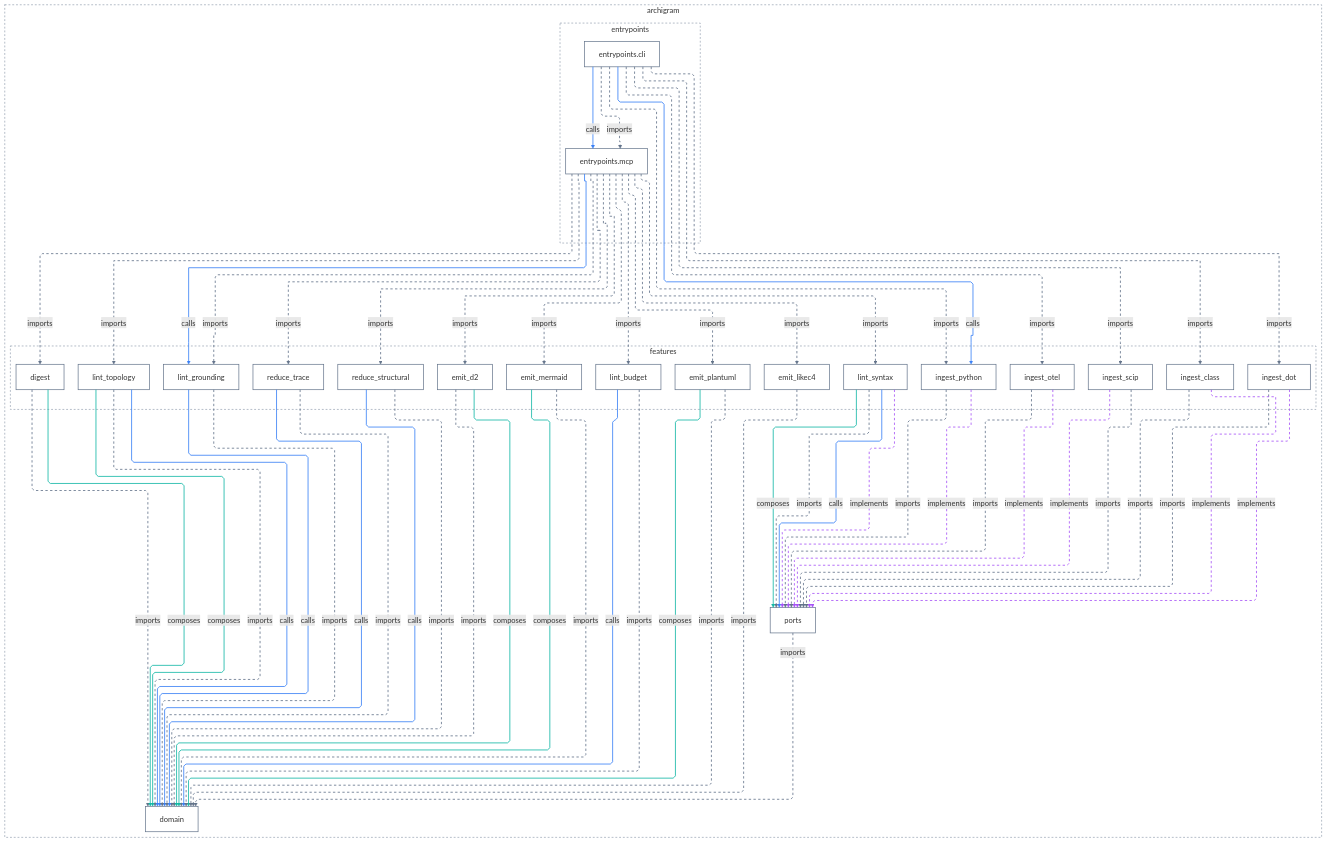
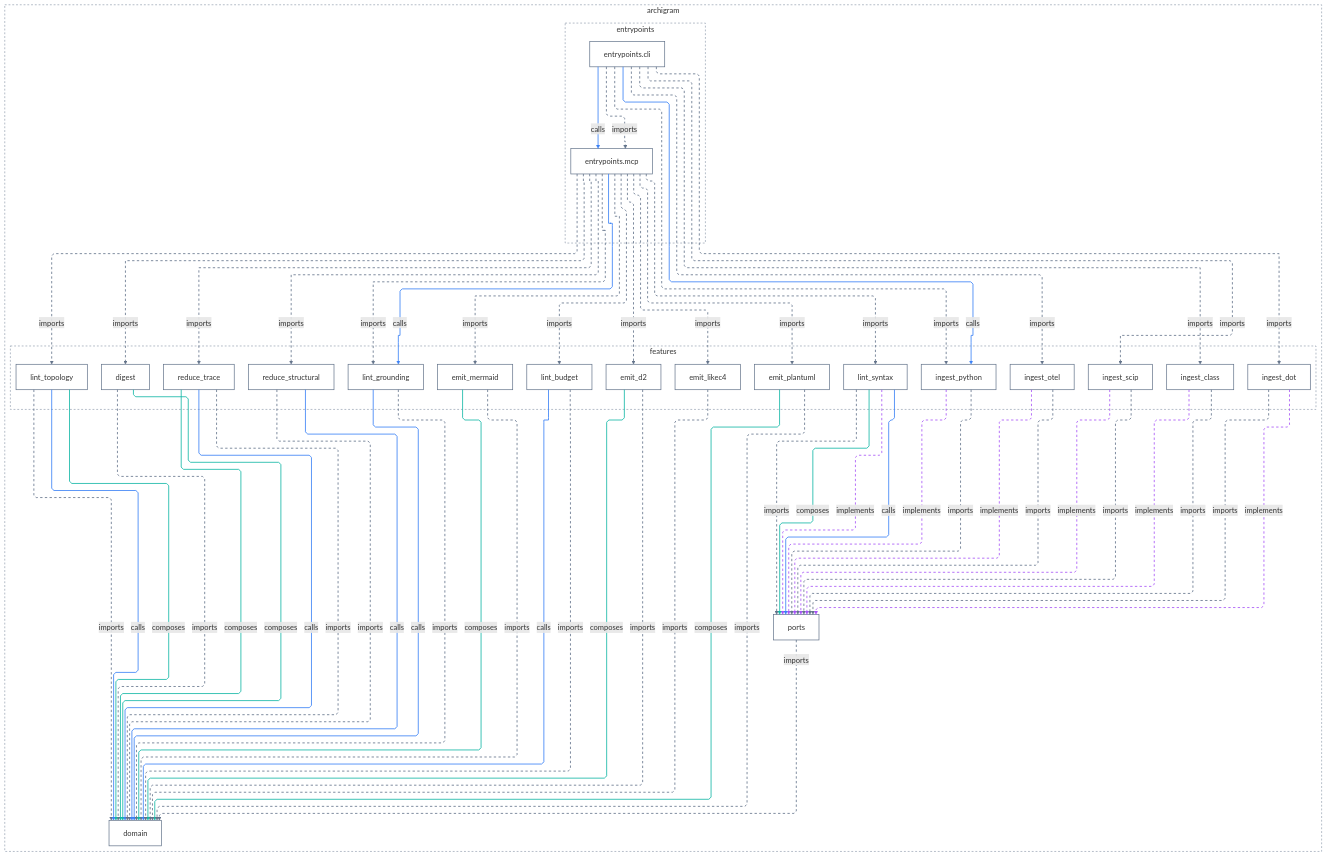
The diagram in docs/architecture/diagrams/l1_feature_slices_mermaid.mmd (klcd/archigram), drawn with Mermaid before and after one commit. The commit also changed 28 other files, not shown here.

```diff
--- a/docs/architecture/diagrams/l1_feature_slices_mermaid.mmd
+++ b/docs/architecture/diagrams/l1_feature_slices_mermaid.mmd
@@ -1,100 +1,101 @@
 ---
 config:
   layout: elk
   elk:
     mergeEdges: false
     nodePlacementStrategy: BRANDES_KOEPF
   flowchart:
     defaultRenderer: elk
     curve: linear
 ---
 flowchart TD
   classDef default fill:transparent,stroke:#64748b,stroke-width:1.5px
   subgraph n0["archigram"]
     subgraph n1["entrypoints"]
       n9["entrypoints.cli"]
       n10["entrypoints.mcp"]
     end
     subgraph n2["features"]
       n3["digest"]
       n5["emit_d2"]
       n6["emit_likec4"]
       n7["emit_mermaid"]
       n8["emit_plantuml"]
       n11["ingest_class"]
       n12["ingest_dot"]
       n13["ingest_otel"]
       n14["ingest_python"]
       n15["ingest_scip"]
       n16["lint_budget"]
       n17["lint_grounding"]
       n18["lint_syntax"]
       n19["lint_topology"]
       n21["reduce_structural"]
       n22["reduce_trace"]
     end
     n4["domain"]
     n20["ports"]
   end
   style n0 fill:transparent,stroke:#64748b,stroke-width:1px,stroke-dasharray:4 4
   style n1 fill:transparent,stroke:#64748b,stroke-width:1px,stroke-dasharray:4 4
   style n2 fill:transparent,stroke:#64748b,stroke-width:1px,stroke-dasharray:4 4
   n10 -.->|"imports"| n3
   n19 -.->|"imports"| n4
   n7 -.->|"imports"| n4
+  n22 -->|"composes"| n4
   n3 -.->|"imports"| n4
   n17 -->|"calls"| n4
   n5 -.->|"imports"| n4
   n3 -->|"composes"| n4
   n16 -->|"calls"| n4
   n22 -->|"calls"| n4
   n19 -->|"composes"| n4
   n19 -->|"calls"| n4
   n22 -.->|"imports"| n4
   n17 -.->|"imports"| n4
   n8 -->|"composes"| n4
   n5 -->|"composes"| n4
   n20 -.->|"imports"| n4
   n21 -.->|"imports"| n4
   n16 -.->|"imports"| n4
   n8 -.->|"imports"| n4
   n7 -->|"composes"| n4
   n6 -.->|"imports"| n4
   n21 -->|"calls"| n4
   n10 -.->|"imports"| n5
   n10 -.->|"imports"| n6
   n10 -.->|"imports"| n7
   n10 -.->|"imports"| n8
   n9 -.->|"imports"| n11
   n9 -.->|"imports"| n12
   n9 -.->|"imports"| n13
   n9 -->|"calls"| n14
   n9 -.->|"imports"| n14
   n9 -.->|"imports"| n15
   n10 -.->|"imports"| n16
   n10 -->|"calls"| n17
   n10 -.->|"imports"| n17
   n10 -.->|"imports"| n18
   n10 -.->|"imports"| n19
   n9 -.->|"imports"| n10
   n9 -->|"calls"| n10
   n18 -.->|"imports"| n20
   n14 -.->|"implements"| n20
   n14 -.->|"imports"| n20
   n13 -.->|"imports"| n20
   n13 -.->|"implements"| n20
   n18 -.->|"implements"| n20
   n15 -.->|"implements"| n20
   n15 -.->|"imports"| n20
   n12 -.->|"imports"| n20
   n11 -.->|"imports"| n20
   n11 -.->|"implements"| n20
   n18 -->|"calls"| n20
   n12 -.->|"implements"| n20
   n18 -->|"composes"| n20
   n10 -.->|"imports"| n21
   n10 -.->|"imports"| n22
-  linkStyle 0,1,2,3,5,11,12,15,16,17,18,20,22,23,24,25,26,27,28,30,31,32,34,35,36,37,39,41,42,46,47,48,53,54 stroke:#64748b,stroke-width:1.75px,stroke-dasharray:5 5
-  linkStyle 4,7,8,10,21,29,33,38,50 stroke:#3b82f6,stroke-width:1.75px
-  linkStyle 6,9,13,14,19,52 stroke:#14b8a6,stroke-width:1.75px
-  linkStyle 40,43,44,45,49,51 stroke:#a855f7,stroke-width:1.75px,stroke-dasharray:5 5
+  linkStyle 0,1,2,4,6,12,13,16,17,18,19,21,23,24,25,26,27,28,29,31,32,33,35,36,37,38,40,42,43,47,48,49,54,55 stroke:#64748b,stroke-width:1.75px,stroke-dasharray:5 5
+  linkStyle 3,7,10,14,15,20,53 stroke:#14b8a6,stroke-width:1.75px
+  linkStyle 5,8,9,11,22,30,34,39,51 stroke:#3b82f6,stroke-width:1.75px
+  linkStyle 41,44,45,46,50,52 stroke:#a855f7,stroke-width:1.75px,stroke-dasharray:5 5
```
